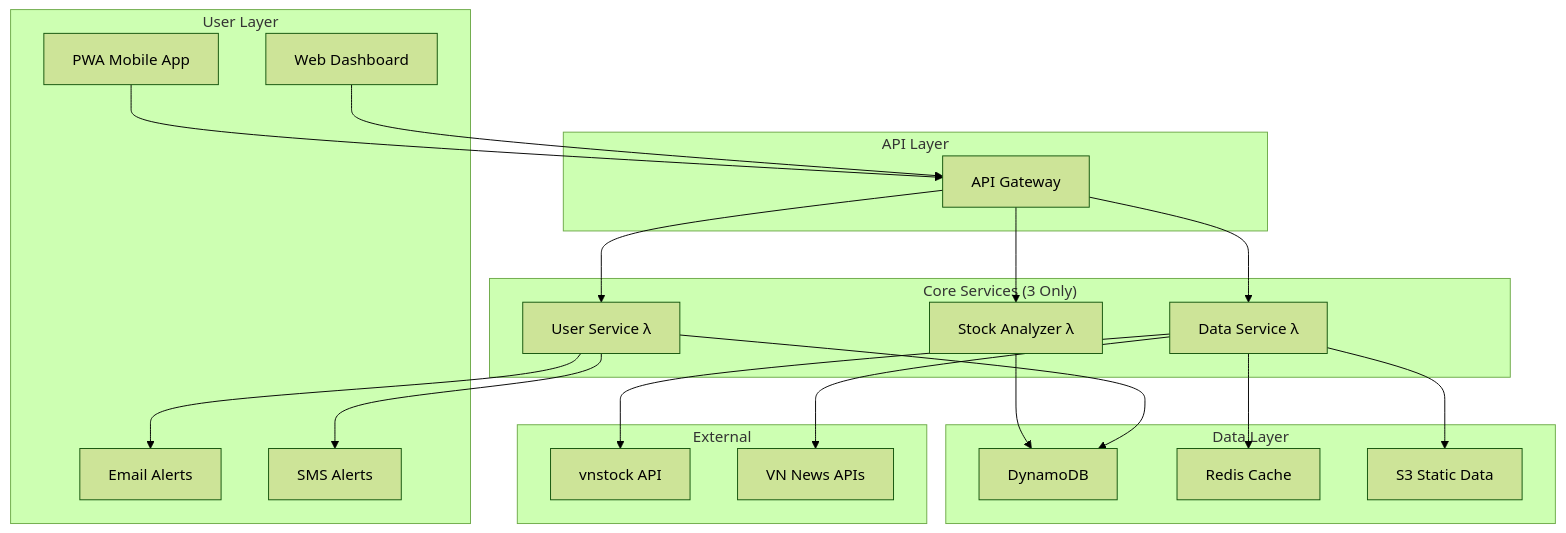
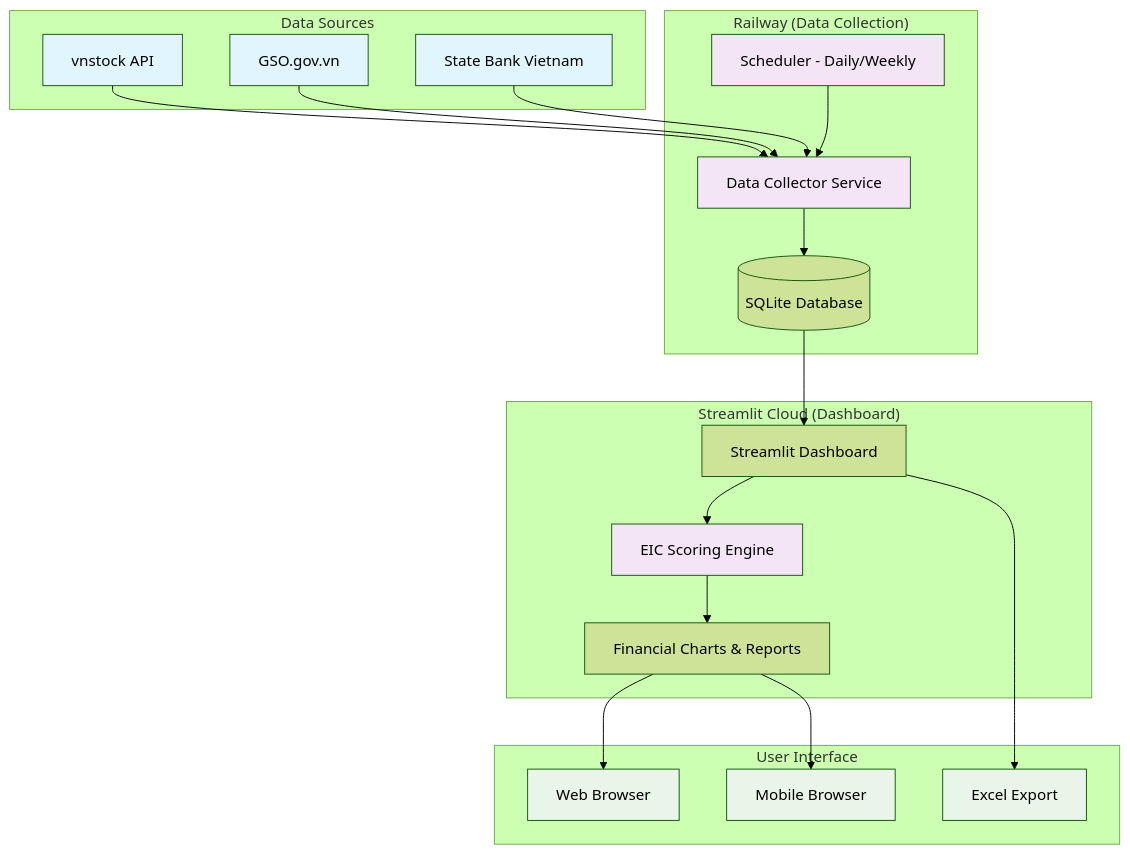
The first of 4 diagrams in docs/architecture.md (nickcopilot/BMAD-METHOD), drawn with Mermaid (forest theme) before and after one commit. The commit also changed other lines of this file, not shown here.

First line of the commit message:
Complete Vietnam Stock Analysis System architecture

````diff
--- a/docs/architecture.md
+++ b/docs/architecture.md
@@ -63,46 +49,49 @@
 ```mermaid
 graph TB
-    subgraph "User Layer"
-        PWA[PWA Mobile App]
-        WEB[Web Dashboard]
-        EMAIL[Email Alerts]
-        SMS[SMS Alerts]
+    subgraph "Data Sources"
+        VN[vnstock API]
+        GSO[GSO.gov.vn]
+        SBVN[State Bank Vietnam]
     end
 
-    subgraph "API Layer"
-        APIGW[API Gateway]
+    subgraph "Railway (Data Collection)"
+        DC[Data Collector Service]
+        DB[(SQLite Database)]
+        SCHED[Scheduler - Daily/Weekly]
     end
 
-    subgraph "Core Services (3 Only)"
-        ANALYZER[Stock Analyzer λ]
-        USER[User Service λ]
-        DATA[Data Service λ]
+    subgraph "Streamlit Cloud (Dashboard)"
+        DASH[Streamlit Dashboard]
+        EIC[EIC Scoring Engine]
+        VIZ[Financial Charts & Reports]
     end
 
-    subgraph "Data Layer"
-        DDB[DynamoDB]
-        REDIS[Redis Cache]
-        S3[S3 Static Data]
+    subgraph "User Interface"
+        WEB[Web Browser]
+        MOBILE[Mobile Browser]
+        EXCEL[Excel Export]
     end
 
-    subgraph "External"
-        VNSTOCK[vnstock API]
-        NEWS[VN News APIs]
-    end
+    VN --> DC
+    GSO --> DC
+    SBVN --> DC
 
-    PWA --> APIGW
-    WEB --> APIGW
-    APIGW --> ANALYZER
-    APIGW --> USER
-    APIGW --> DATA
+    DC --> DB
+    SCHED --> DC
 
-    ANALYZER --> DDB
-    USER --> DDB
-    DATA --> REDIS
-    DATA --> VNSTOCK
-    DATA --> NEWS
-    DATA --> S3
+    DB --> DASH
+    DASH --> EIC
+    EIC --> VIZ
 
-    USER --> EMAIL
-    USER --> SMS
+    VIZ --> WEB
+    VIZ --> MOBILE
+    DASH --> EXCEL
+
+    classDef dataSource fill:#e1f5fe
+    classDef processing fill:#f3e5f5
+    classDef interface fill:#e8f5e8
+
+    class VN,GSO,SBVN dataSource
+    class DC,EIC,SCHED processing
+    class WEB,MOBILE,EXCEL interface
 ```
````
